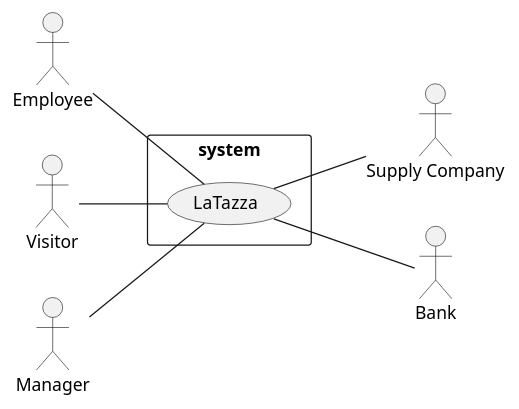
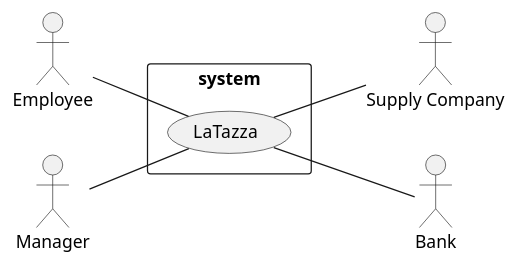
The first of 4 diagrams in Project/Requirements/RequirementDocument.md (roypaulin/laTazza), drawn with PlantUML before and after one commit. The commit also changed other lines of this file, not shown here.

````diff
--- a/Project/Requirements/RequirementDocument.md
+++ b/Project/Requirements/RequirementDocument.md
@@ -46,19 +44,17 @@
 ```plantuml
 left to right direction
 skinparam packageStyle rectangle
 
 actor Employee as e
 actor "Supply Company" as sc
-actor Visitor as v
 actor Bank as b
 actor Manager as m
 
 rectangle system{
   (LaTazza) as lt
   e--lt
-  v--lt
   m--lt
   lt--b
   lt--sc
 }
 ```
````
